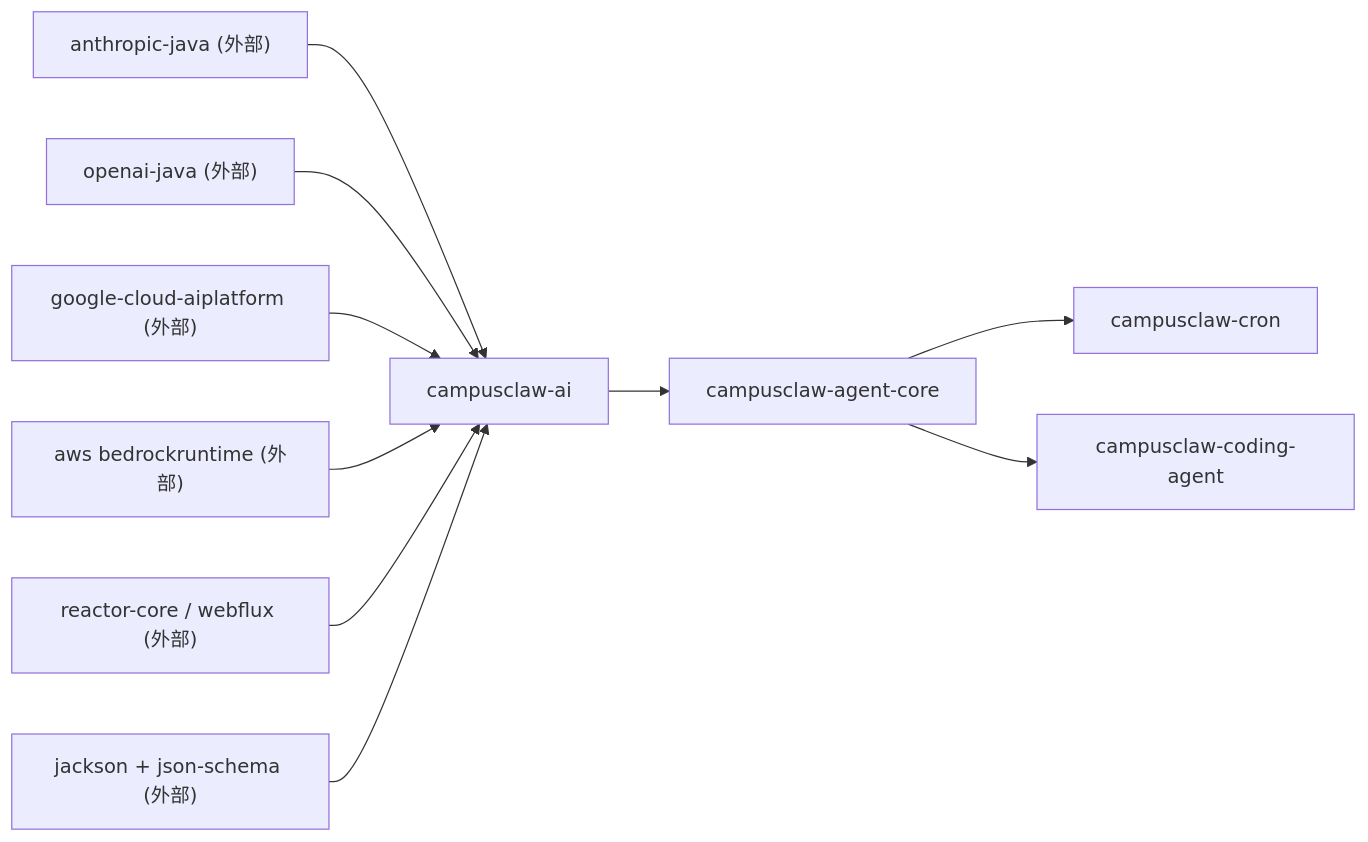
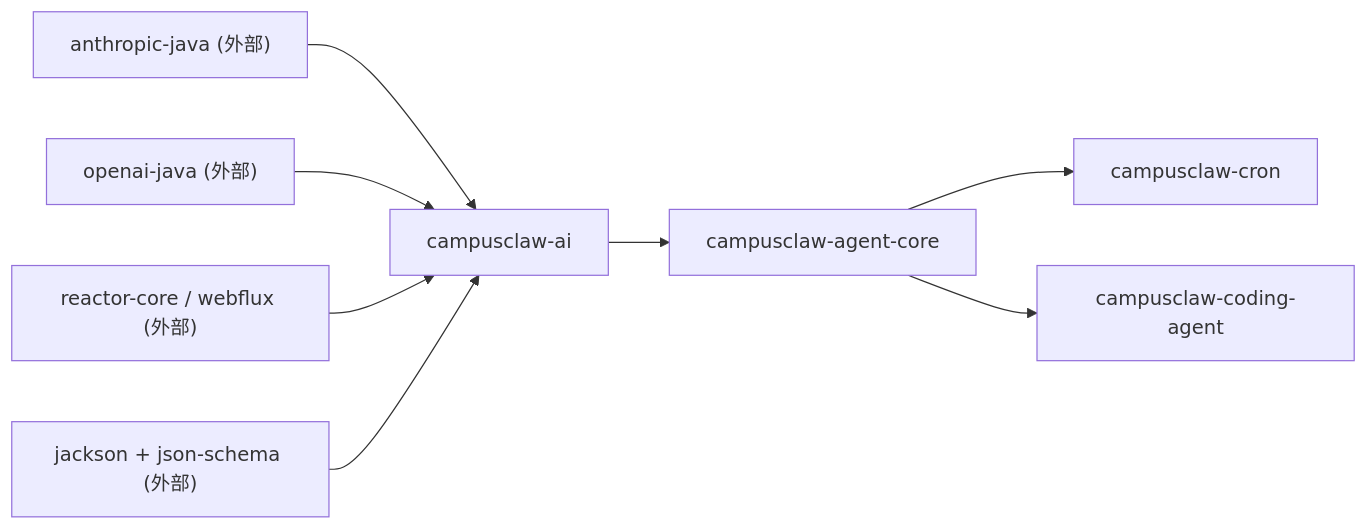
One commit to 2862282695gjh-afk/pi-mono-java changed the first of 3 diagrams in docs/designs/ai.md. Above: the diagram before and after it, drawn with Mermaid. The commit also changed other lines of this file and 33 other files, not shown here.

First line of the commit message:
refactor(ai): 移除 Google 与 Amazon Bedrock provider 支持

````diff
--- a/docs/designs/ai.md
+++ b/docs/designs/ai.md
@@ -55,22 +55,18 @@
 ```mermaid
 flowchart LR
     ai["campusclaw-ai"]
     core["campusclaw-agent-core"]
     cron["campusclaw-cron"]
     cli["campusclaw-coding-agent"]
     anthropic_sdk["anthropic-java (外部)"]
     openai_sdk["openai-java (外部)"]
-    google_sdk["google-cloud-aiplatform (外部)"]
-    bedrock_sdk["aws bedrockruntime (外部)"]
     reactor["reactor-core / webflux (外部)"]
     jackson["jackson + json-schema (外部)"]
     anthropic_sdk --> ai
     openai_sdk --> ai
-    google_sdk --> ai
-    bedrock_sdk --> ai
     reactor --> ai
     jackson --> ai
     ai --> core
     core --> cron
     core --> cli
 ```
````
